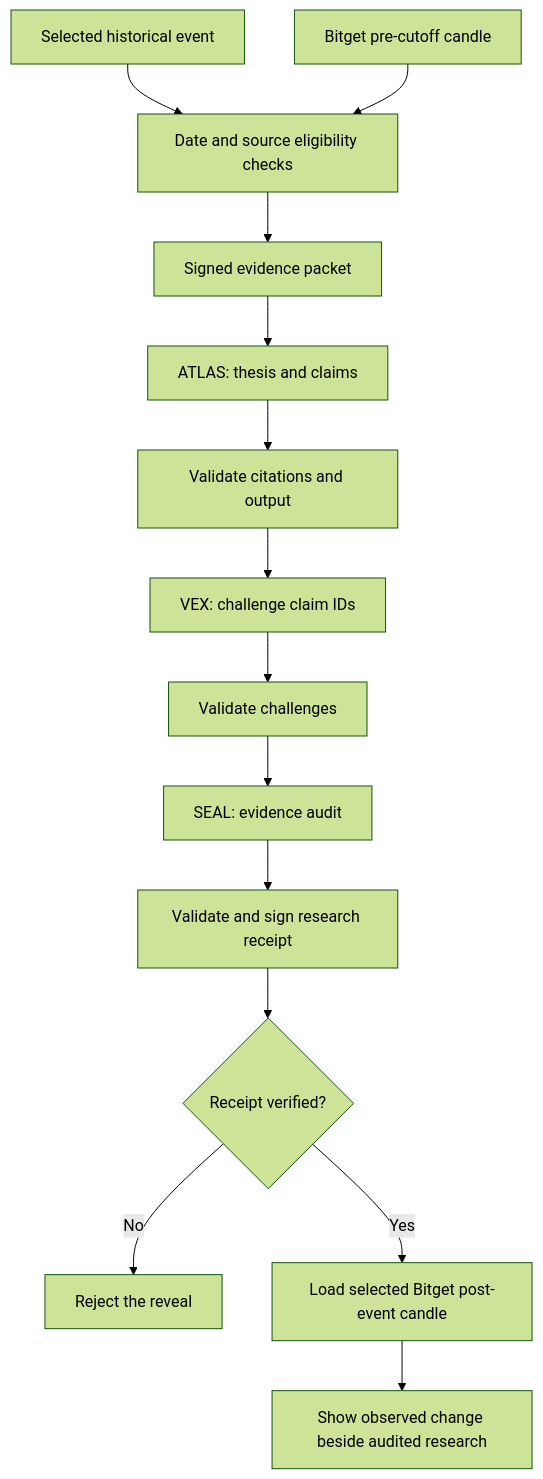
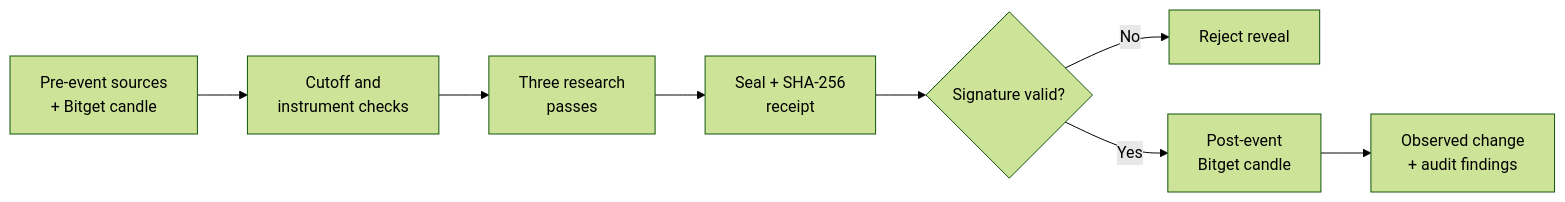
One commit to Web3Kyami/Veyrin changed the second of 2 diagrams in README.md. Above: the diagram before and after it, drawn with Mermaid (forest theme). The commit also changed other lines of this file, not shown here.

Commit message:
docs(release): judge-first README with two cases and horizontal research diagrams

````diff
--- a/README.md
+++ b/README.md
@@ -78,16 +56,10 @@
 ```mermaid
-flowchart TD
-    A[Selected historical event] --> B[Date and source eligibility checks]
-    C[Bitget pre-cutoff candle] --> B
-    B --> D[Signed evidence packet]
-    D --> E[ATLAS: thesis and claims]
-    E --> F[Validate citations and output]
-    F --> G[VEX: challenge claim IDs]
-    G --> H[Validate challenges]
-    H --> I[SEAL: evidence audit]
-    I --> J[Validate and sign research receipt]
-    J --> K{Receipt verified?}
-    K -- No --> L[Reject the reveal]
-    K -- Yes --> M[Load selected Bitget post-event candle]
-    M --> N[Show observed change beside audited research]
+flowchart LR
+  A["Pre-event sources<br/>+ Bitget candle"] --> B["Cutoff and<br/>instrument checks"]
+  B --> C["Three research<br/>passes"]
+  C --> D["Seal + SHA-256<br/>receipt"]
+  D --> E{"Signature valid?"}
+  E -- "No" --> F["Reject reveal"]
+  E -- "Yes" --> G["Post-event<br/>Bitget candle"]
+  G --> H["Observed change<br/>+ audit findings"]
 ```
````
